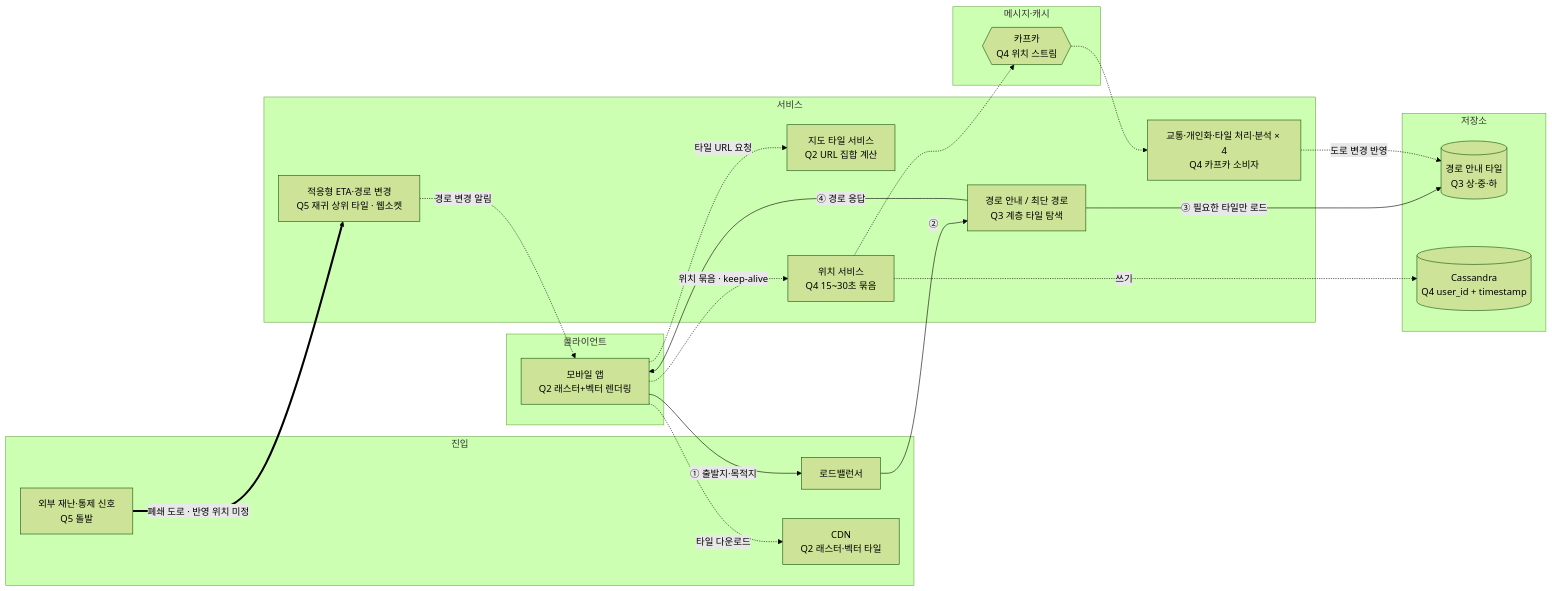
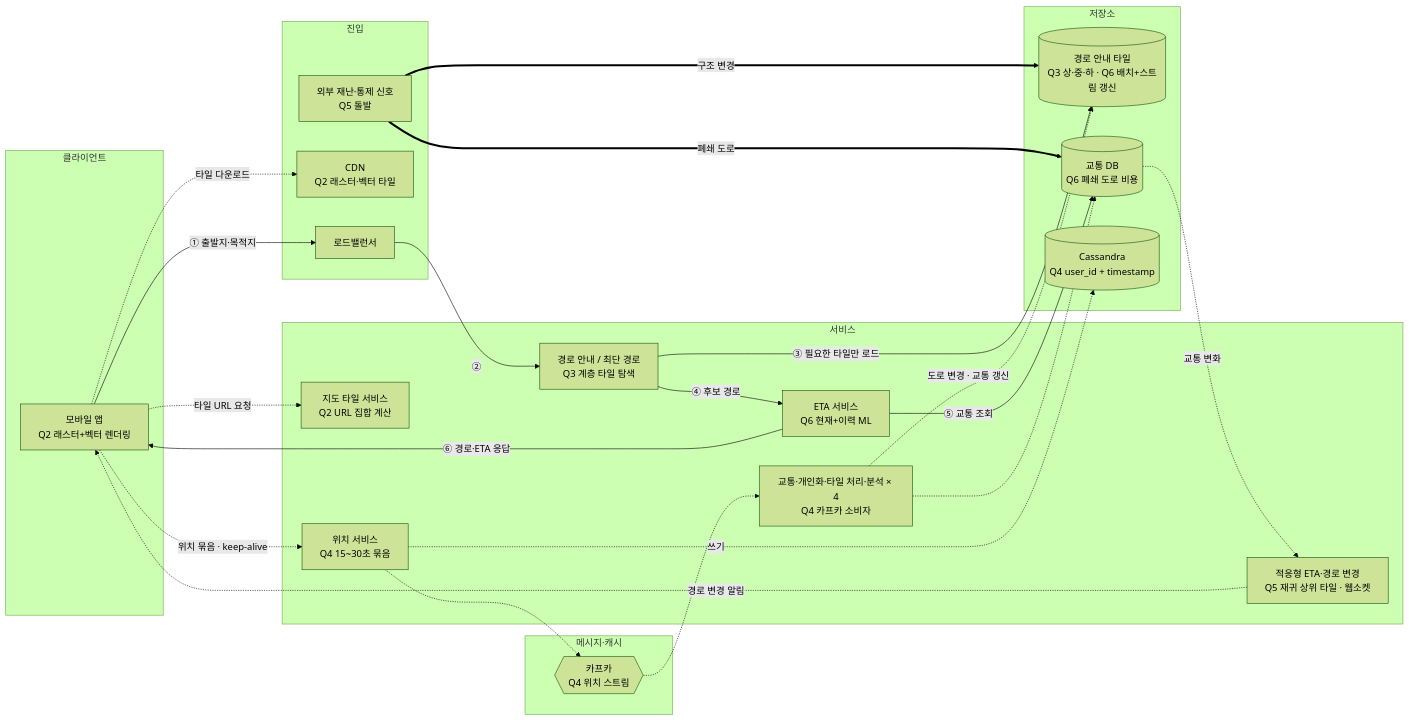
One commit to studycamp-org/sysdesign-2-notes-parkdongjo changed the diagram in ch03/미팅과제.md. Above: the diagram before and after it, drawn with Mermaid (forest theme). The commit also changed other lines of this file, not shown here.

Commit message:
ch03 미팅과제: Q6 교통 반영·타일 갱신 추가, 설계도 갱신

````diff
--- a/ch03/미팅과제.md
+++ b/ch03/미팅과제.md
@@ -39,37 +39,42 @@
 ```mermaid
 flowchart LR
   subgraph L1[클라이언트]
     App[모바일 앱<br/>Q2 래스터+벡터 렌더링]
   end
   subgraph L2[진입]
     LB[로드밸런서]
     CDN[CDN<br/>Q2 래스터·벡터 타일]
     Ext[외부 재난·통제 신호<br/>Q5 돌발]
   end
   subgraph L3[서비스]
     Nav[경로 안내 / 최단 경로<br/>Q3 계층 타일 탐색]
+    ETA[ETA 서비스<br/>Q6 현재+이력 ML]
     TileSvc[지도 타일 서비스<br/>Q2 URL 집합 계산]
     Loc[위치 서비스<br/>Q4 15~30초 묶음]
     Adaptive[적응형 ETA·경로 변경<br/>Q5 재귀 상위 타일 · 웹소켓]
     Consumers[교통·개인화·타일 처리·분석 × 4<br/>Q4 카프카 소비자]
   end
   subgraph L4[메시지·캐시]
     Kafka{{카프카<br/>Q4 위치 스트림}}
   end
   subgraph L5[저장소]
-    RouteTiles[(경로 안내 타일<br/>Q3 상·중·하)]
+    RouteTiles[(경로 안내 타일<br/>Q3 상·중·하 · Q6 배치+스트림 갱신)]
+    TrafficDB[(교통 DB<br/>Q6 폐쇄 도로 비용)]
     LocDB[(Cassandra<br/>Q4 user_id + timestamp)]
   end
 
   App -->|① 출발지·목적지| LB -->|②| Nav
   Nav -->|③ 필요한 타일만 로드| RouteTiles
-  Nav -->|④ 경로 응답| App
+  Nav -->|④ 후보 경로| ETA -->|⑤ 교통 조회| TrafficDB
+  ETA -->|⑥ 경로·ETA 응답| App
   App -.->|타일 URL 요청| TileSvc
   App -.->|타일 다운로드| CDN
   App -.->|위치 묶음 · keep-alive| Loc
   Loc -.->|쓰기| LocDB
   Loc -.-> Kafka -.-> Consumers
-  Consumers -.->|도로 변경 반영| RouteTiles
-  Adaptive -.->|경로 변경 알림| App
-  Ext ==>|폐쇄 도로 · 반영 위치 미정| Adaptive
+  Consumers -.->|도로 변경 · 교통 갱신| RouteTiles
+  Consumers -.-> TrafficDB
+  TrafficDB -.->|교통 변화| Adaptive -.->|경로 변경 알림| App
+  Ext ==>|폐쇄 도로| TrafficDB
+  Ext ==>|구조 변경| RouteTiles
 ```
````
